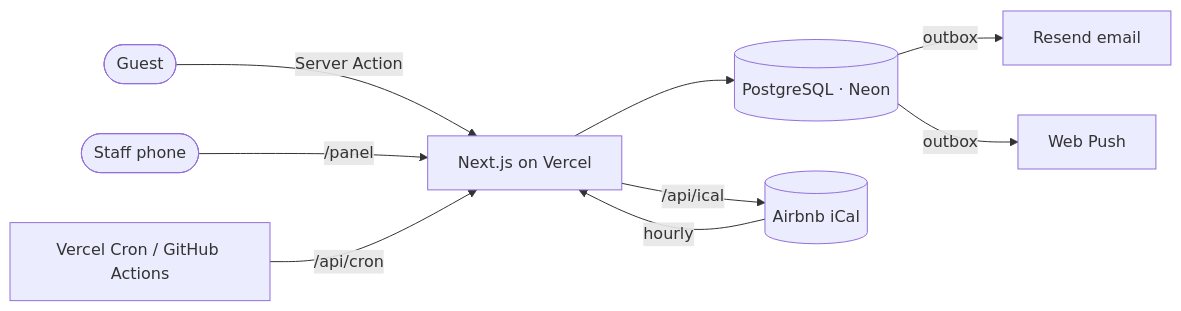
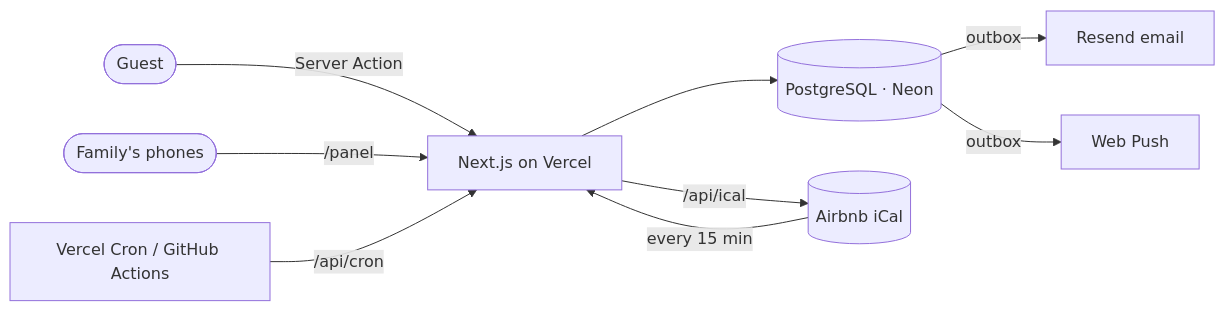
Before and after one commit to sadikemreikiz/trysa-direct-booking: the diagram in README.md, drawn with Mermaid. The commit also changed other lines of this file and 17 other files, not shown here.

First line of the commit message:
Document architecture decisions, add screenshots and rewrite the README

````diff
--- a/README.md
+++ b/README.md
@@ -24,11 +62,11 @@
 ```mermaid
 flowchart LR
   Guest([Guest]) -->|Server Action| Next[Next.js on Vercel]
-  Staff([Staff phone]) -->|/panel| Next
+  Staff([Family's phones]) -->|/panel| Next
   Next --> DB[(PostgreSQL · Neon)]
   DB -->|outbox| Mail[Resend email]
   DB -->|outbox| Push[Web Push]
-  Airbnb[(Airbnb iCal)] -->|hourly| Next
+  Airbnb[(Airbnb iCal)] -->|every 15 min| Next
   Next -->|/api/ical| Airbnb
   Cron[Vercel Cron / GitHub Actions] -->|/api/cron| Next
 ```
````
